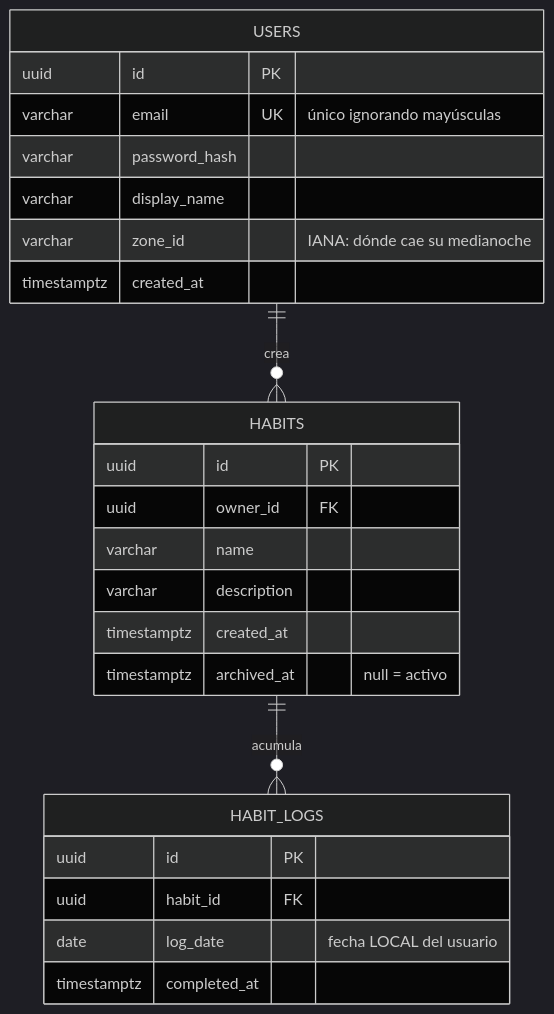
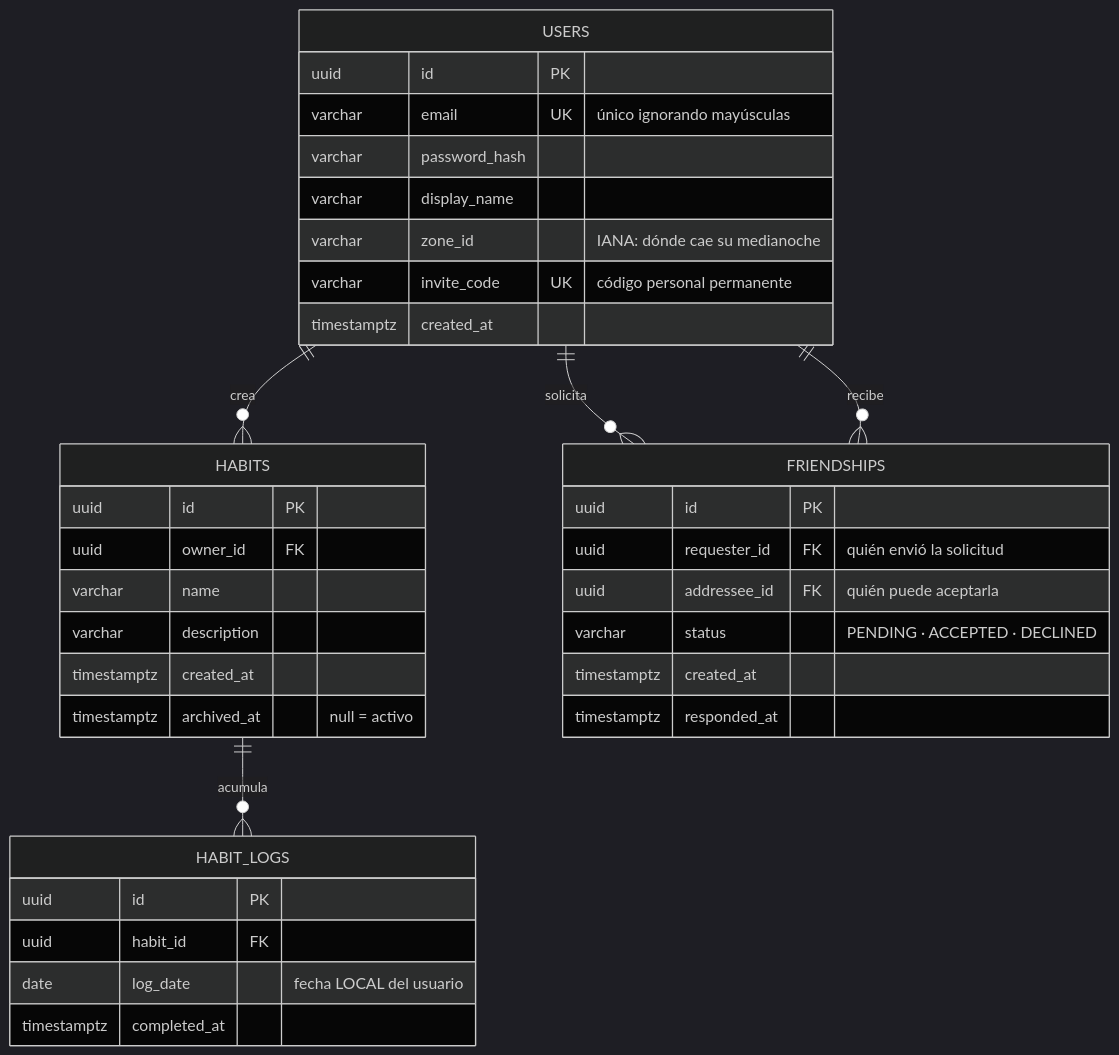
Before and after one commit to BecerraHector/habit-constellations-backend: the second of 2 diagrams in README.md, drawn with Mermaid (dark theme). The commit also changed other lines of this file and 27 other files, not shown here.

````diff
--- a/README.md
+++ b/README.md
@@ -79,30 +79,42 @@
 ```mermaid
 erDiagram
     USERS ||--o{ HABITS : "crea"
     HABITS ||--o{ HABIT_LOGS : "acumula"
+    USERS ||--o{ FRIENDSHIPS : "solicita"
+    USERS ||--o{ FRIENDSHIPS : "recibe"
 
     USERS {
         uuid        id PK
         varchar     email UK "único ignorando mayúsculas"
         varchar     password_hash
         varchar     display_name
         varchar     zone_id "IANA: dónde cae su medianoche"
+        varchar     invite_code UK "código personal permanente"
         timestamptz created_at
     }
 
     HABITS {
         uuid        id PK
         uuid        owner_id FK
         varchar     name
         varchar     description
         timestamptz created_at
         timestamptz archived_at "null = activo"
     }
 
     HABIT_LOGS {
         uuid        id PK
         uuid        habit_id FK
         date        log_date "fecha LOCAL del usuario"
         timestamptz completed_at
     }
+
+    FRIENDSHIPS {
+        uuid        id PK
+        uuid        requester_id FK "quién envió la solicitud"
+        uuid        addressee_id FK "quién puede aceptarla"
+        varchar     status "PENDING · ACCEPTED · DECLINED"
+        timestamptz created_at
+        timestamptz responded_at
+    }
 ```
````
